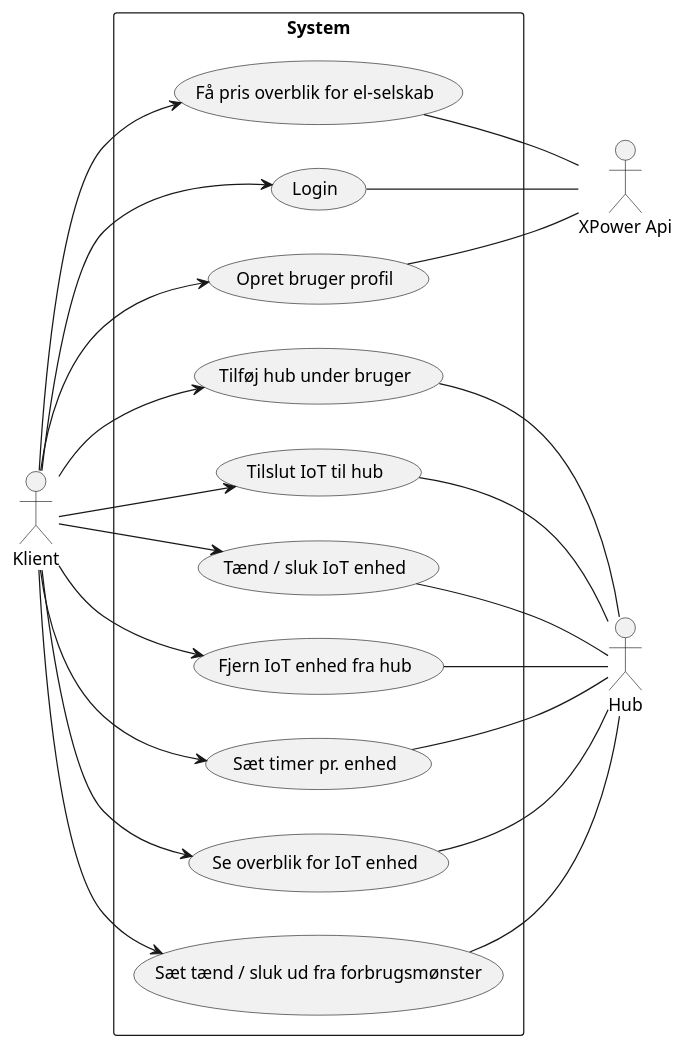
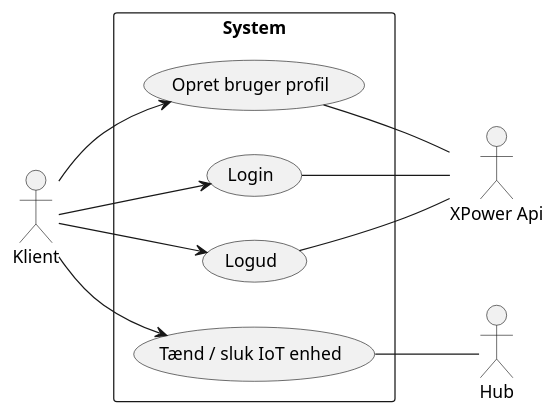
The diagram in docs/use cases/System.plantuml (Casp7654/XPower), drawn with PlantUML before and after one commit. The commit also changed 3 other files, not shown here.

```diff
--- a/docs/use cases/System.plantuml
+++ b/docs/use cases/System.plantuml
@@ -1,45 +1,27 @@
 @startuml Use case
 left to right direction
 skinparam packageStyle rectangle
 
 :Klient: as cl
 :XPower Api: as api
 :Hub: as hub
 
 rectangle System {
     usecase "Login" as wuc1
-    usecase "Tilslut IoT til hub" as wuc2
+    usecase "Logud" as wuc2
     usecase "Tænd / sluk IoT enhed" as wuc3
-    usecase "Fjern IoT enhed fra hub" as wuc4
-    usecase "Sæt timer pr. enhed" as wuc5
-    usecase "Se overblik for IoT enhed" as wuc6
-    usecase "Sæt tænd / sluk ud fra forbrugsmønster" as wuc7
-    usecase "Opret bruger profil" as wuc8
-    usecase "Tilføj hub under bruger" as wuc9
-    usecase "Få pris overblik for el-selskab" as wuc10
+    usecase "Opret bruger profil" as wuc4
 }
 
 cl --> wuc1
 cl --> wuc2
 cl --> wuc3
 cl --> wuc4
-cl --> wuc5
-cl --> wuc6
-cl --> wuc7
-cl --> wuc8
-cl --> wuc9
-cl --> wuc10
 
 wuc1 -- api
-wuc8 -- api
-wuc10 -- api
+wuc2 -- api
+wuc4 -- api
 
-wuc2 -- hub
 wuc3 -- hub
-wuc4 -- hub
-wuc5 -- hub
-wuc6 -- hub
-wuc7 -- hub
-wuc9 -- hub
 
 @enduml
```
